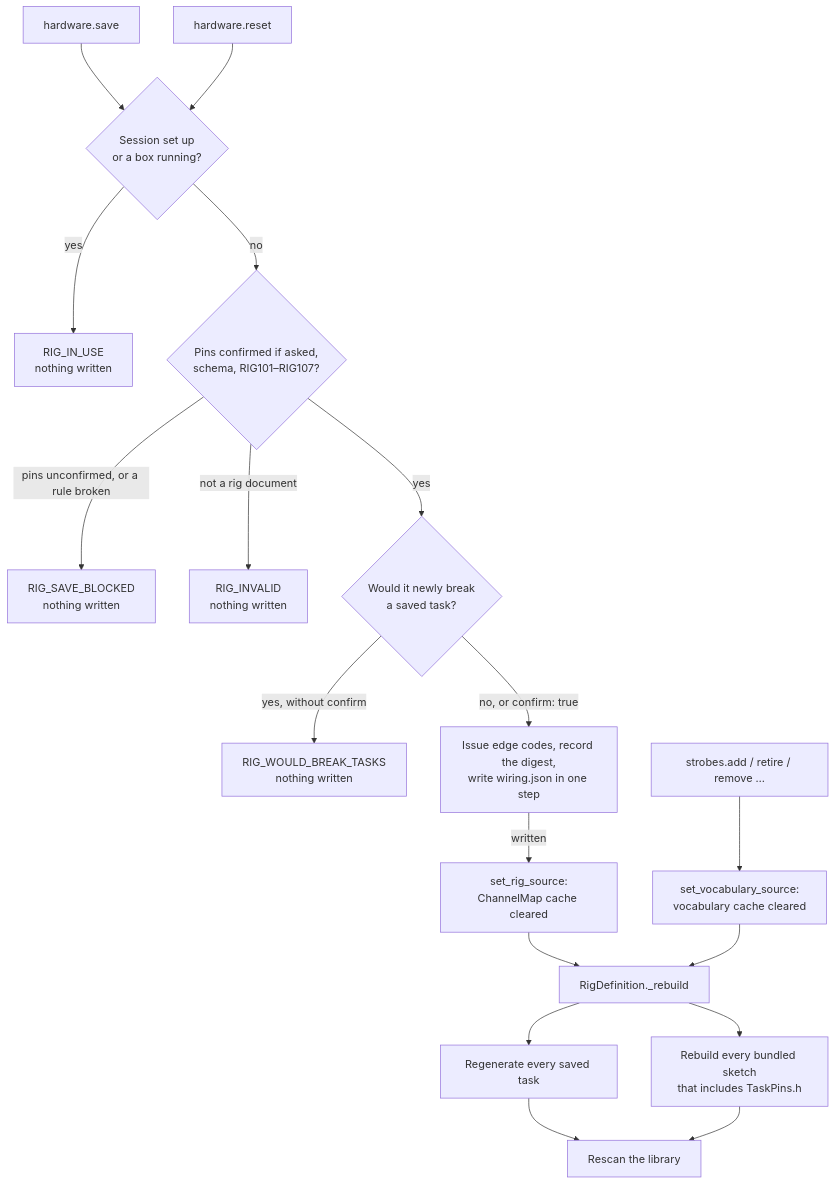
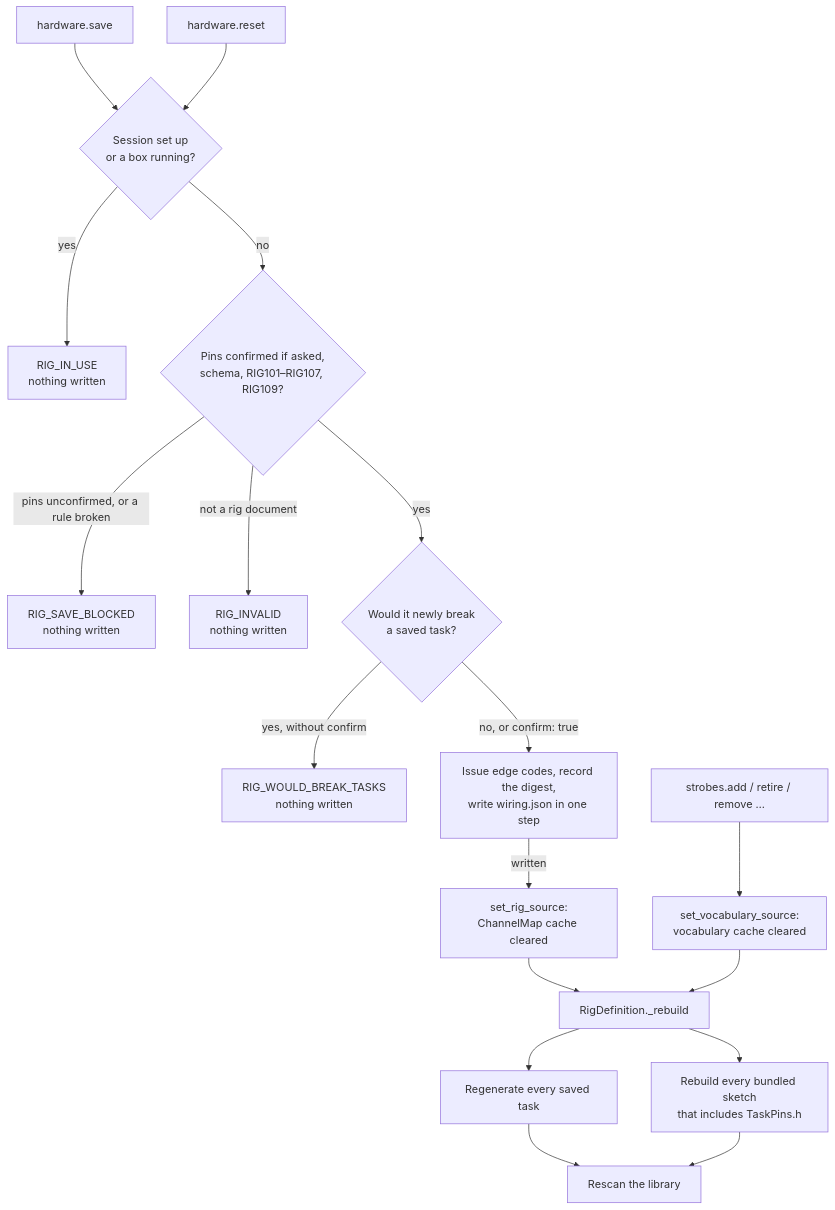
One commit to Chase-NJ/Ephymeris changed the second of 7 diagrams in docs/TASKS.md. Above: the diagram before and after it, drawn with Mermaid. The commit also changed other lines of this file and 58 other files, not shown here.

````diff
--- a/docs/TASKS.md
+++ b/docs/TASKS.md
@@ -500,20 +501,20 @@
 ```mermaid
 flowchart TD
     save["hardware.save"] --> inuse{"Session set up<br/>or a box running?"}
     inuse -->|yes| busy["RIG_IN_USE<br/>nothing written"]
-    inuse -->|no| check{"Pins confirmed if asked,<br/>schema, RIG101–RIG107?"}
+    inuse -->|no| check{"Pins confirmed if asked,<br/>schema, RIG101–RIG107, RIG109?"}
     check -->|"pins unconfirmed, or a rule broken"| blocked["RIG_SAVE_BLOCKED<br/>nothing written"]
     check -->|"not a rig document"| invalid["RIG_INVALID<br/>nothing written"]
     check -->|"yes"| impact{"Would it newly break<br/>a saved task?"}
     impact -->|"yes, without confirm"| refuse["RIG_WOULD_BREAK_TASKS<br/>nothing written"]
     impact -->|"no, or confirm: true"| write["Issue edge codes, record the digest,<br/>write wiring.json in one step"]
     reset["hardware.reset"] --> inuse
     write -->|"written"| install["set_rig_source:<br/>ChannelMap cache cleared"]
     install --> rebuild["RigDefinition._rebuild"]
     vocab["strobes.add / retire / remove …"] --> vinstall["set_vocabulary_source:<br/>vocabulary cache cleared"]
     vinstall --> rebuild
     rebuild --> tasks["Regenerate every saved task"]
     rebuild --> bundled["Rebuild every bundled sketch<br/>that includes TaskPins.h"]
     tasks --> rescan["Rescan the library"]
     bundled --> rescan
 ```
````
